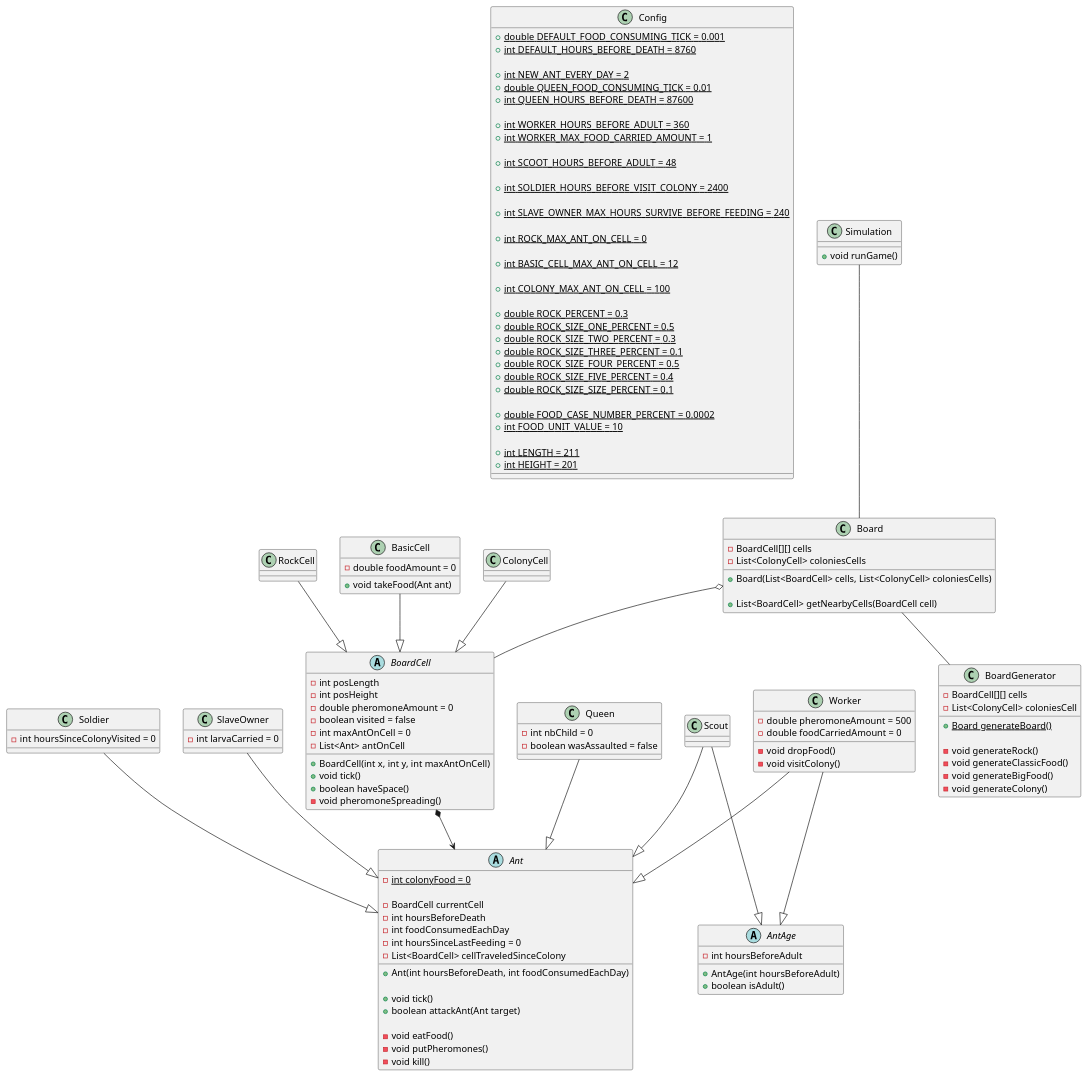
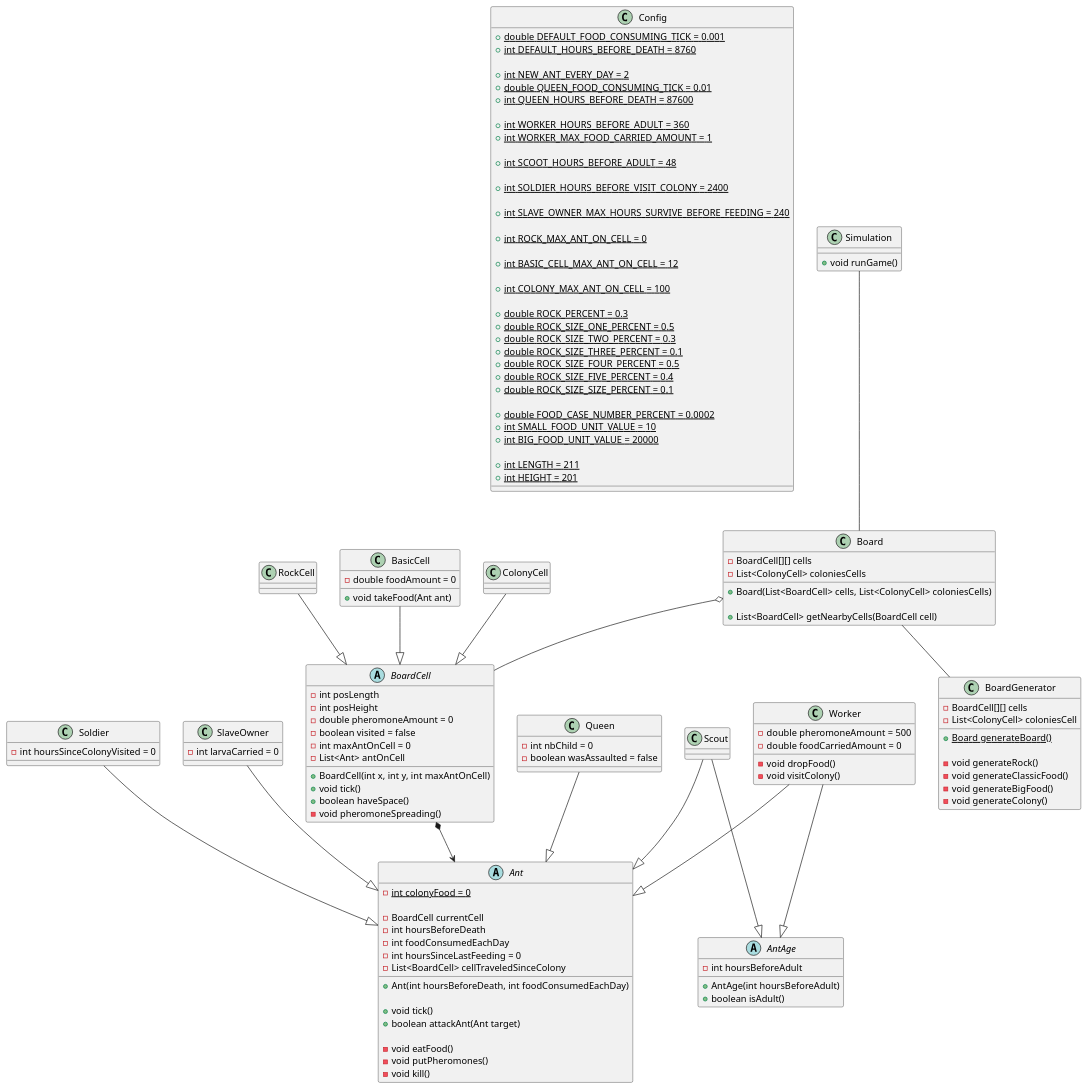
The diagram in Doc/class_diagram.puml (AntoninHuaut/aledlesfourmis), drawn with PlantUML before and after one commit. The commit also changed 5 other files, not shown here.

Commit message:
Big food generator

```diff
--- a/Doc/class_diagram.puml
+++ b/Doc/class_diagram.puml
@@ -1,165 +1,166 @@
 @startuml Ant
 
 class Config {
     + {static} double DEFAULT_FOOD_CONSUMING_TICK = 0.001
     + {static} int DEFAULT_HOURS_BEFORE_DEATH = 8760
 
     + {static} int NEW_ANT_EVERY_DAY = 2    
     + {static} double QUEEN_FOOD_CONSUMING_TICK = 0.01
     + {static} int QUEEN_HOURS_BEFORE_DEATH = 87600
 
     + {static} int WORKER_HOURS_BEFORE_ADULT = 360
     + {static} int WORKER_MAX_FOOD_CARRIED_AMOUNT = 1
 
     + {static} int SCOOT_HOURS_BEFORE_ADULT = 48
 
     + {static} int SOLDIER_HOURS_BEFORE_VISIT_COLONY = 2400
 
     + {static} int SLAVE_OWNER_MAX_HOURS_SURVIVE_BEFORE_FEEDING = 240
 
     + {static} int ROCK_MAX_ANT_ON_CELL = 0
 
     + {static} int BASIC_CELL_MAX_ANT_ON_CELL = 12
 
     + {static} int COLONY_MAX_ANT_ON_CELL = 100
 
     + {static} double ROCK_PERCENT = 0.3
     + {static} double ROCK_SIZE_ONE_PERCENT = 0.5
     + {static} double ROCK_SIZE_TWO_PERCENT = 0.3
     + {static} double ROCK_SIZE_THREE_PERCENT = 0.1
     + {static} double ROCK_SIZE_FOUR_PERCENT = 0.5
     + {static} double ROCK_SIZE_FIVE_PERCENT = 0.4
     + {static} double ROCK_SIZE_SIZE_PERCENT = 0.1
 
     + {static} double FOOD_CASE_NUMBER_PERCENT = 0.0002
-    + {static} int FOOD_UNIT_VALUE = 10
+    + {static} int SMALL_FOOD_UNIT_VALUE = 10
+    + {static} int BIG_FOOD_UNIT_VALUE = 20000
 
     + {static} int LENGTH = 211
     + {static} int HEIGHT = 201
 }
 
 abstract class Ant {
     - {static} int colonyFood = 0
     
     - BoardCell currentCell
     - int hoursBeforeDeath
     - int foodConsumedEachDay
     - int hoursSinceLastFeeding = 0
     - List<BoardCell> cellTraveledSinceColony
     
     + Ant(int hoursBeforeDeath, int foodConsumedEachDay)
 
     + void tick()
     + boolean attackAnt(Ant target)
 
     - void eatFood()
     - void putPheromones()
     - void kill()
 }
 
 class Queen {
     - int nbChild = 0
     - boolean wasAssaulted = false
 }
 
 abstract class AntAge {
     + AntAge(int hoursBeforeAdult)
 
     - int hoursBeforeAdult
 
     + boolean isAdult()
 }
 
 class Worker {
     - double pheromoneAmount = 500
     - double foodCarriedAmount = 0
 
     - void dropFood()
     - void visitColony()
 }
 
 class Scout {
     
 }
 
 class Soldier {
     - int hoursSinceColonyVisited = 0
 }
 
 class SlaveOwner {
     - int larvaCarried = 0
 }
 
 abstract class BoardCell {
     - int posLength
     - int posHeight
     - double pheromoneAmount = 0
     - boolean visited = false
     - int maxAntOnCell = 0
     - List<Ant> antOnCell   
 
     + BoardCell(int x, int y, int maxAntOnCell)
     + void tick()
     + boolean haveSpace()
     - void pheromoneSpreading()
 }
 
 class RockCell {
     
 }
 
 class BasicCell {
     - double foodAmount = 0
 
     + void takeFood(Ant ant)
 }
 
 class ColonyCell {
     
 }
 
 class Board {
     - BoardCell[][] cells
     - List<ColonyCell> coloniesCells
 
     + Board(List<BoardCell> cells, List<ColonyCell> coloniesCells)
     
     + List<BoardCell> getNearbyCells(BoardCell cell)
 }
 
 class BoardGenerator {
     - BoardCell[][] cells
     - List<ColonyCell> coloniesCell
 
     + {static} Board generateBoard()
 
     - void generateRock()
     - void generateClassicFood()
     - void generateBigFood()
     - void generateColony()
 }
 
 class Simulation {
     + void runGame()
 }
 
 RockCell --|> BoardCell
 BasicCell --|> BoardCell
 ColonyCell --|> BoardCell
 
 Simulation -- Board
 Board -- BoardGenerator
 Board o-- BoardCell
 
 BoardCell *--> Ant
 
 Worker --|> AntAge
 Scout --|> AntAge
 
 Worker --|> Ant
 Scout --|> Ant
 Soldier --|> Ant
 SlaveOwner --|> Ant
 Queen --|> Ant
 
 @enduml
```
